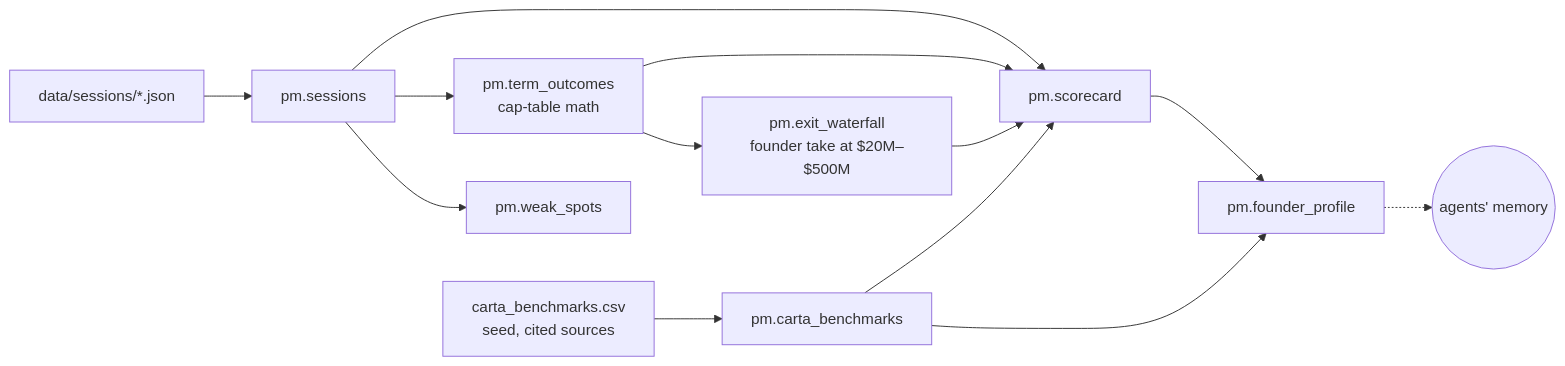
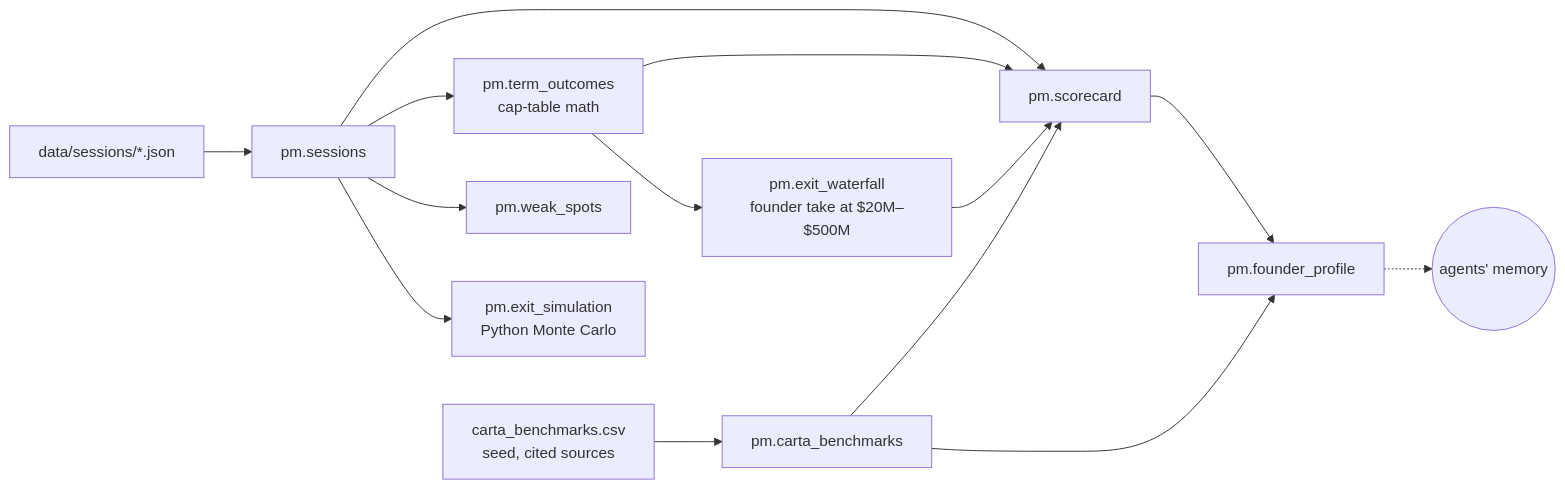
Before and after one commit to ChinmayPatel07/behind-the-glass: the second of 2 diagrams in README.md, drawn with Mermaid. The commit also changed other lines of this file and 13 other files, not shown here.

````diff
--- a/README.md
+++ b/README.md
@@ -81,11 +84,12 @@
 ```mermaid
 flowchart LR
   J[data/sessions/*.json] --> S[pm.sessions]
   C[carta_benchmarks.csv<br/>seed, cited sources] --> CB[pm.carta_benchmarks]
   S --> TO[pm.term_outcomes<br/>cap-table math]
   TO --> EW[pm.exit_waterfall<br/>founder take at $20M–$500M]
   S --> W[pm.weak_spots]
+  S --> MC[pm.exit_simulation<br/>Python Monte Carlo]
   S & TO & EW & CB --> SC[pm.scorecard]
   SC & CB --> FP[pm.founder_profile]
   FP -.-> AG((agents' memory))
 ```
````
